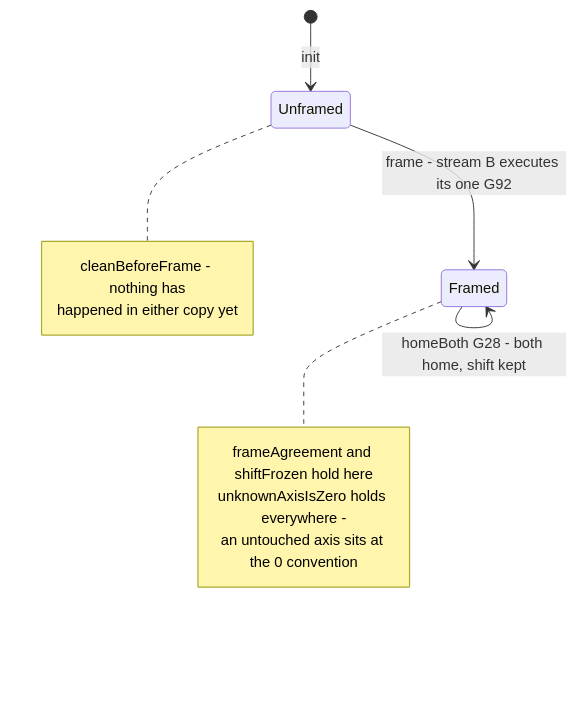
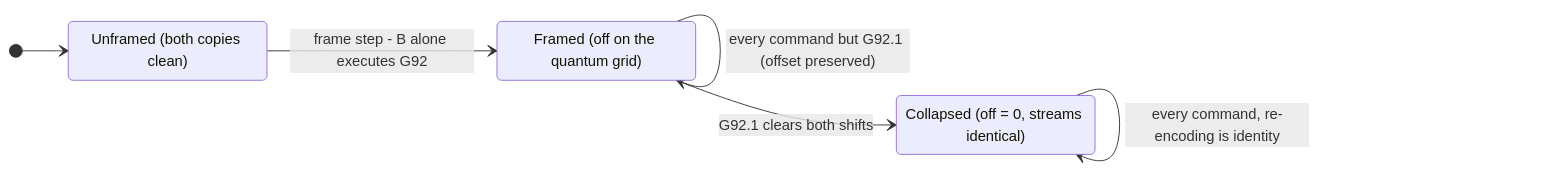
Before and after one commit to xyz-tools/gcode-preview: the second of 2 diagrams in verification/quint/encoding-equivalence.md, drawn with Mermaid. The commit also changed other lines of this file and 801 other files, not shown here.

````diff
--- a/verification/quint/encoding-equivalence.md
+++ b/verification/quint/encoding-equivalence.md
@@ -38,17 +35,12 @@
 ```mermaid
 stateDiagram-v2
-  [*] --> Unframed : init
-  Unframed --> Framed : frame - stream B executes its one G92
-  Framed --> Framed : anyMove - G0 or G1, any subset of X Y Z E words
-  Framed --> Framed : absoluteE M82 or relativeE M83
-  Framed --> Framed : homeBoth G28 - both home, shift kept
-  note right of Unframed
-    cleanBeforeFrame - nothing has
-    happened in either copy yet
-  end note
-  note right of Framed
-    frameAgreement and shiftFrozen hold here
-    unknownAxisIsZero holds everywhere -
-    an untouched axis sits at the 0 convention
-  end note
+  direction LR
+  Unframed: Unframed (both copies clean)
+  Framed: Framed (off on the quantum grid)
+  Collapsed: Collapsed (off = 0, streams identical)
+  [*] --> Unframed
+  Unframed --> Framed : frame step - B alone executes G92
+  Framed --> Framed : every command but G92.1 (offset preserved)
+  Framed --> Collapsed : G92.1 clears both shifts
+  Collapsed --> Collapsed : every command, re-encoding is identity
 ```
````
